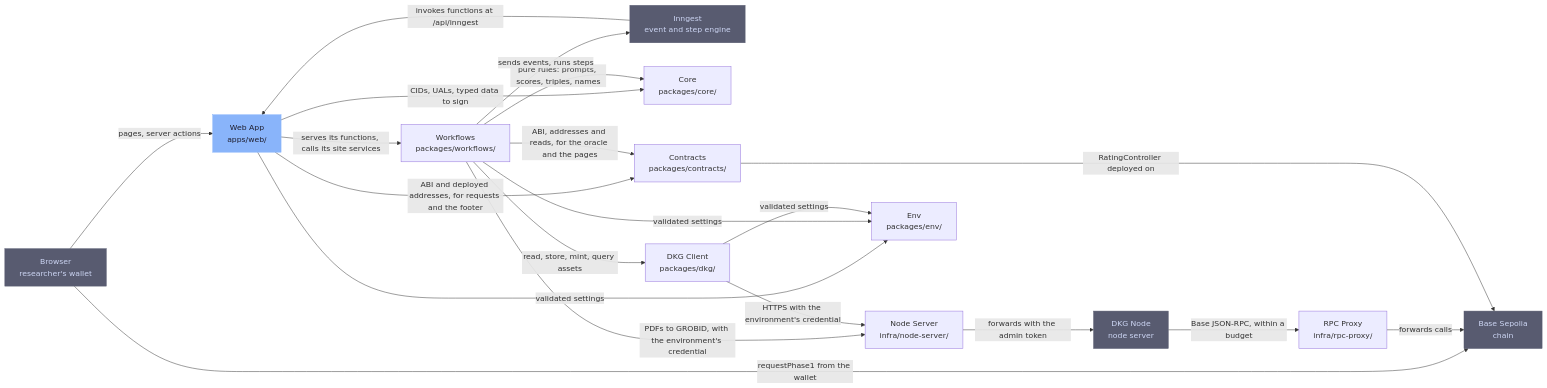
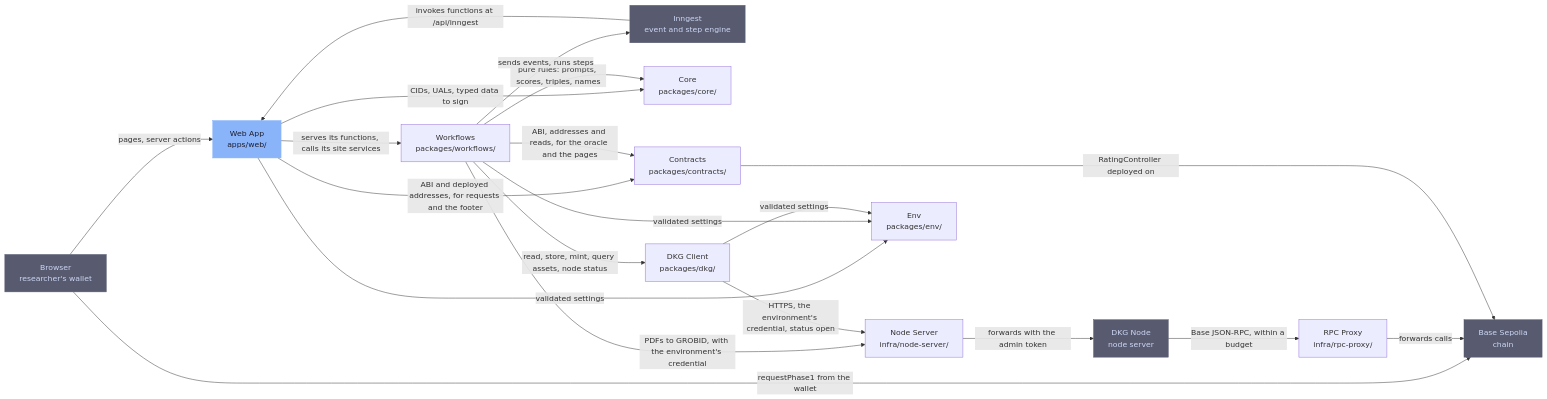
The diagram in .omm/overall-architecture/diagram.mmd (SiegfriedBz/labstrail), drawn with Mermaid before and after one commit. The commit also changed 54 other files, not shown here.

First line of the commit message:
feat(repo): watch the dkg node and get the app ready to deploy (#45)

```diff
--- a/.omm/overall-architecture/diagram.mmd
+++ b/.omm/overall-architecture/diagram.mmd
@@ -1,24 +1,24 @@
 graph LR
     browser["Browser\nresearcher's wallet"] -->|"pages, server actions"| web-app["Web App\napps/web/"]
     browser -->|"requestPhase1 from the wallet"| base-sepolia["Base Sepolia\nchain"]
     inngest["Inngest\nevent and step engine"] -->|"invokes functions at /api/inngest"| web-app
     web-app -->|"serves its functions, calls its site services"| workflows["Workflows\npackages/workflows/"]
     web-app -->|"CIDs, UALs, typed data to sign"| core["Core\npackages/core/"]
     web-app -->|"ABI and deployed addresses, for requests and the footer"| contracts["Contracts\npackages/contracts/"]
     workflows -->|"pure rules: prompts, scores, triples, names"| core
-    workflows -->|"read, store, mint, query assets"| dkg-client["DKG Client\npackages/dkg/"]
+    workflows -->|"read, store, mint, query assets, node status"| dkg-client["DKG Client\npackages/dkg/"]
     workflows -->|"ABI, addresses and reads, for the oracle and the pages"| contracts
     workflows -->|"sends events, runs steps"| inngest
     workflows -->|"PDFs to GROBID, with the environment's credential"| node-server["Node Server\ninfra/node-server/"]
-    dkg-client -->|"HTTPS with the environment's credential"| node-server
+    dkg-client -->|"HTTPS, the environment's credential, status open"| node-server
     node-server -->|"forwards with the admin token"| dkg-node["DKG Node\nnode server"]
     dkg-node -->|"Base JSON-RPC, within a budget"| rpc-proxy["RPC Proxy\ninfra/rpc-proxy/"]
     rpc-proxy -->|"forwards calls"| base-sepolia
     contracts -->|"RatingController deployed on"| base-sepolia
     web-app -->|"validated settings"| env["Env\npackages/env/"]
     workflows -->|"validated settings"| env
     dkg-client -->|"validated settings"| env
     classDef external fill:#585b70,stroke:#585b70,color:#cdd6f4
     classDef entry fill:#89b4fa,stroke:#89b4fa,color:#1e1e2e
     class inngest,dkg-node,base-sepolia,browser external
     class web-app entry
```
